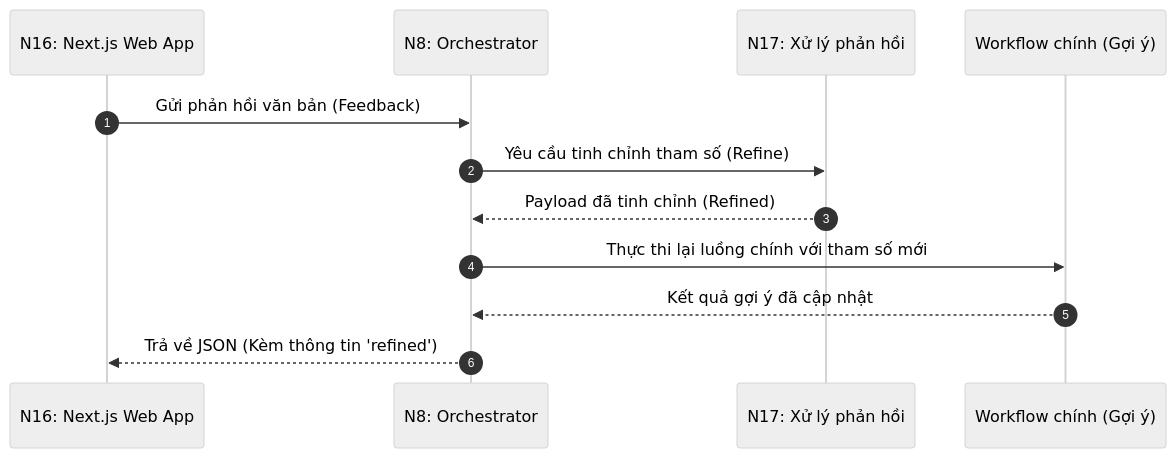
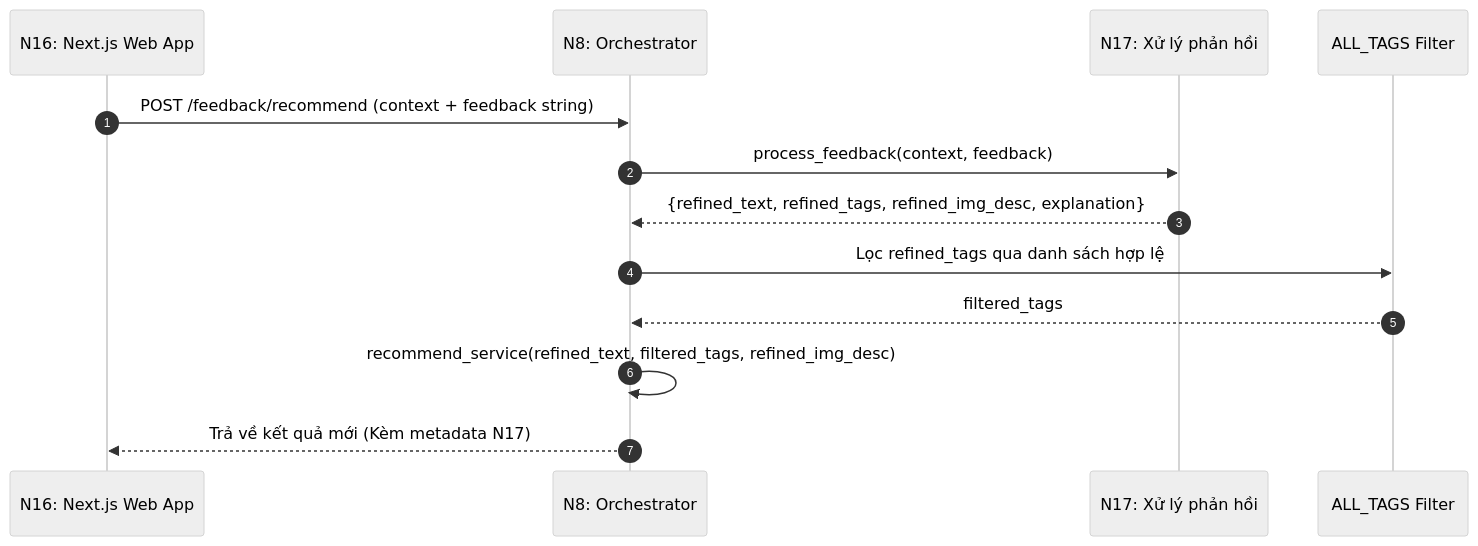
One commit to ltk6/travel-exp-planner changed the fourth of 6 diagrams in docs/modules/n8_orchestrator.md. Above: the diagram before and after it, drawn with Mermaid. The commit also changed other lines of this file and 52 other files, not shown here.

````diff
--- a/docs/modules/n8_orchestrator.md
+++ b/docs/modules/n8_orchestrator.md
@@ -289,16 +178,17 @@
 ```mermaid
 %%{init: { 'theme': 'neutral', 'themeVariables': { 'actorTextColor': '#000000', 'signalTextColor': '#000000', 'noteTextColor': '#000000' } }}%%
 sequenceDiagram
     autonumber
     participant N16 as N16: Next.js Web App
     participant N8 as N8: Orchestrator
     participant N17 as N17: Xử lý phản hồi
-    participant Workflow as Workflow chính (Gợi ý)
+    participant Tags as ALL_TAGS Filter
 
-    N16->>N8: Gửi phản hồi văn bản (Feedback)
-    N8->>N17: Yêu cầu tinh chỉnh tham số (Refine)
-    N17-->>N8: Payload đã tinh chỉnh (Refined)
-    N8->>Workflow: Thực thi lại luồng chính với tham số mới
-    Workflow-->>N8: Kết quả gợi ý đã cập nhật
-    N8-->>N16: Trả về JSON (Kèm thông tin 'refined')
+    N16->>N8: POST /feedback/recommend (context + feedback string)
+    N8->>N17: process_feedback(context, feedback)
+    N17-->>N8: {refined_text, refined_tags, refined_img_desc, explanation}
+    N8->>Tags: Lọc refined_tags qua danh sách hợp lệ
+    Tags-->>N8: filtered_tags
+    N8->>N8: recommend_service(refined_text, filtered_tags, refined_img_desc)
+    N8-->>N16: Trả về kết quả mới (Kèm metadata N17)
 ```
````
